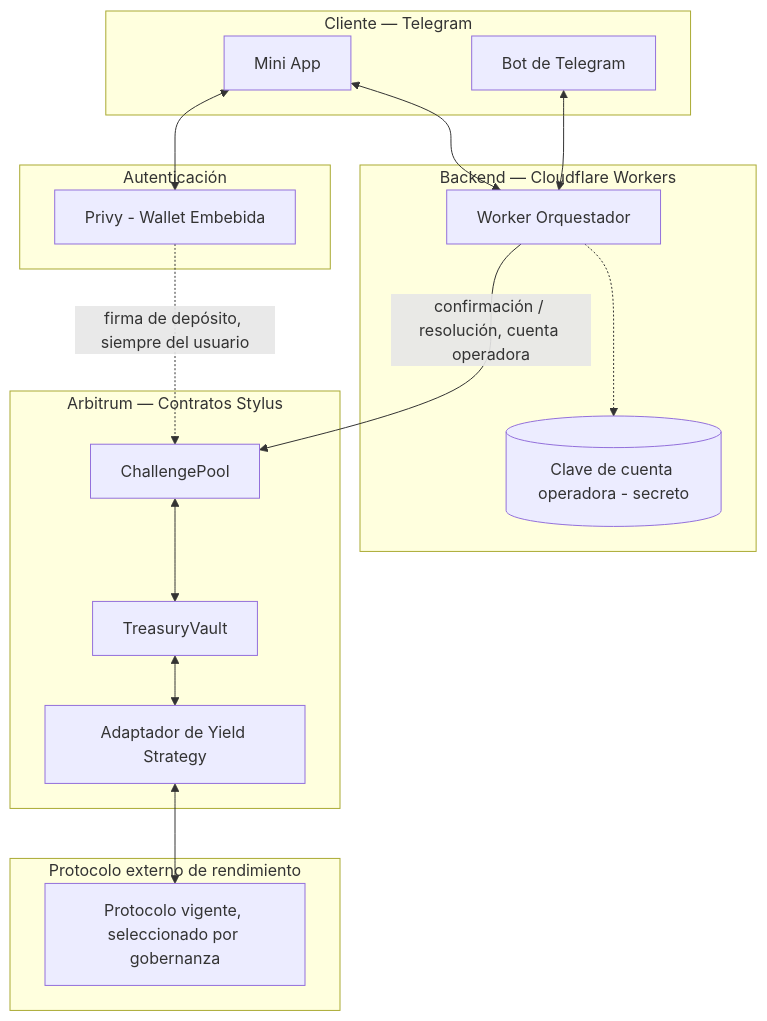
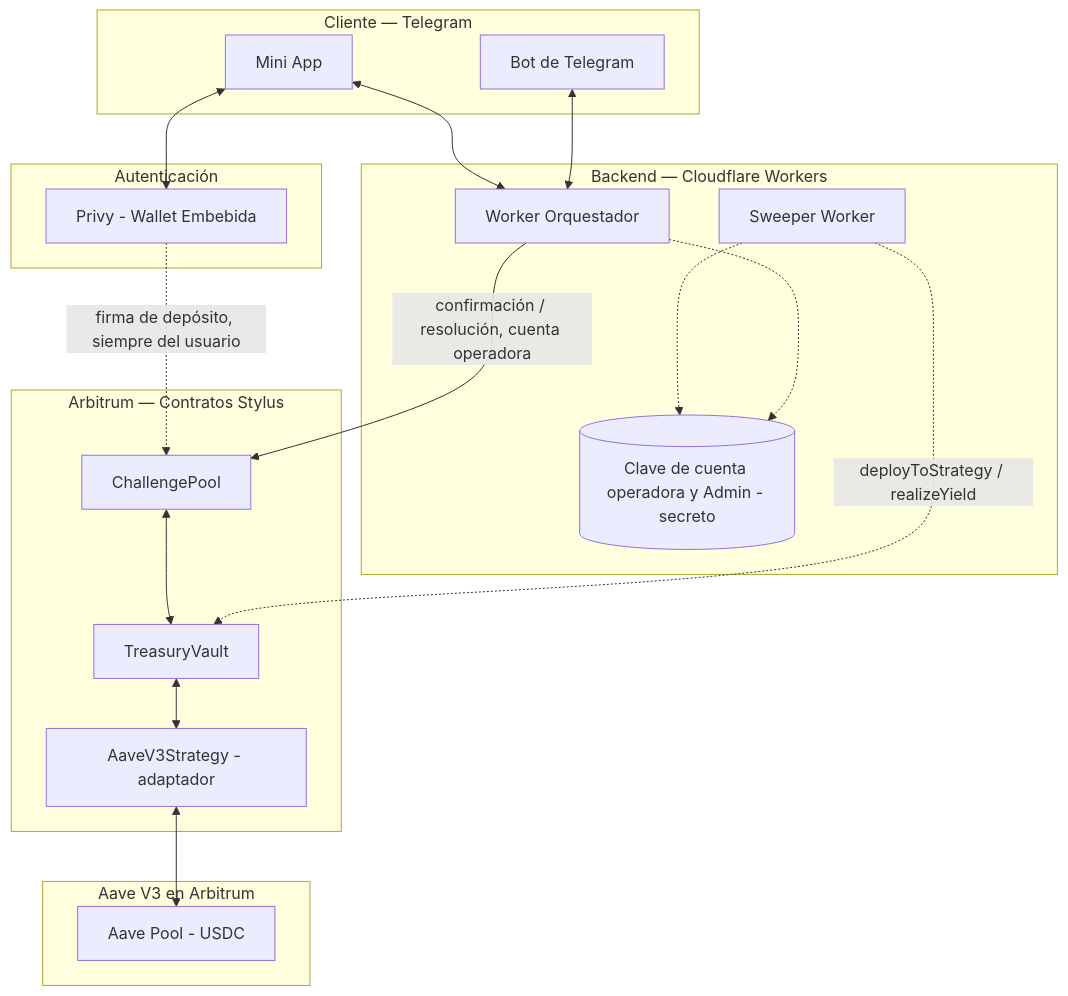
The first of 7 diagrams in docs/SDD.md (Zer0-Knowledge-Hack/otter-pot), drawn with Mermaid before and after one commit. The commit also changed other lines of this file, not shown here.

Commit message:
docs: create Software Design Document (SDD) for the Challenge Pool platform

````diff
--- a/docs/SDD.md
+++ b/docs/SDD.md
@@ -78,36 +76,39 @@
 ```mermaid
 graph TB
     subgraph Cliente["Cliente — Telegram"]
         TGBot[Bot de Telegram]
         MiniApp[Mini App]
     end
 
     subgraph Auth["Autenticación"]
         Privy[Privy - Wallet Embebida]
     end
 
     subgraph Backend["Backend — Cloudflare Workers"]
         Worker[Worker Orquestador]
-        Secrets[(Clave de cuenta operadora - secreto)]
+        Sweeper[Sweeper Worker]
+        Secrets[(Clave de cuenta operadora y Admin - secreto)]
     end
 
     subgraph Chain["Arbitrum — Contratos Stylus"]
         CP[ChallengePool]
         TV[TreasuryVault]
-        YS[Adaptador de Yield Strategy]
+        YS[AaveV3Strategy - adaptador]
     end
 
-    subgraph External["Protocolo externo de rendimiento"]
-        Prot[Protocolo vigente, seleccionado por gobernanza]
+    subgraph External["Aave V3 en Arbitrum"]
+        Pool[Aave Pool - USDC]
     end
 
     TGBot <--> Worker
     MiniApp <--> Privy
     MiniApp <--> Worker
     Privy -.->|firma de depósito, siempre del usuario| CP
     Worker -->|confirmación / resolución, cuenta operadora| CP
+    Sweeper -.->|deployToStrategy / realizeYield| TV
     Worker -.-> Secrets
+    Sweeper -.-> Secrets
     CP <--> TV
     TV <--> YS
-    YS <--> Prot
+    YS <--> Pool
 ```
````
